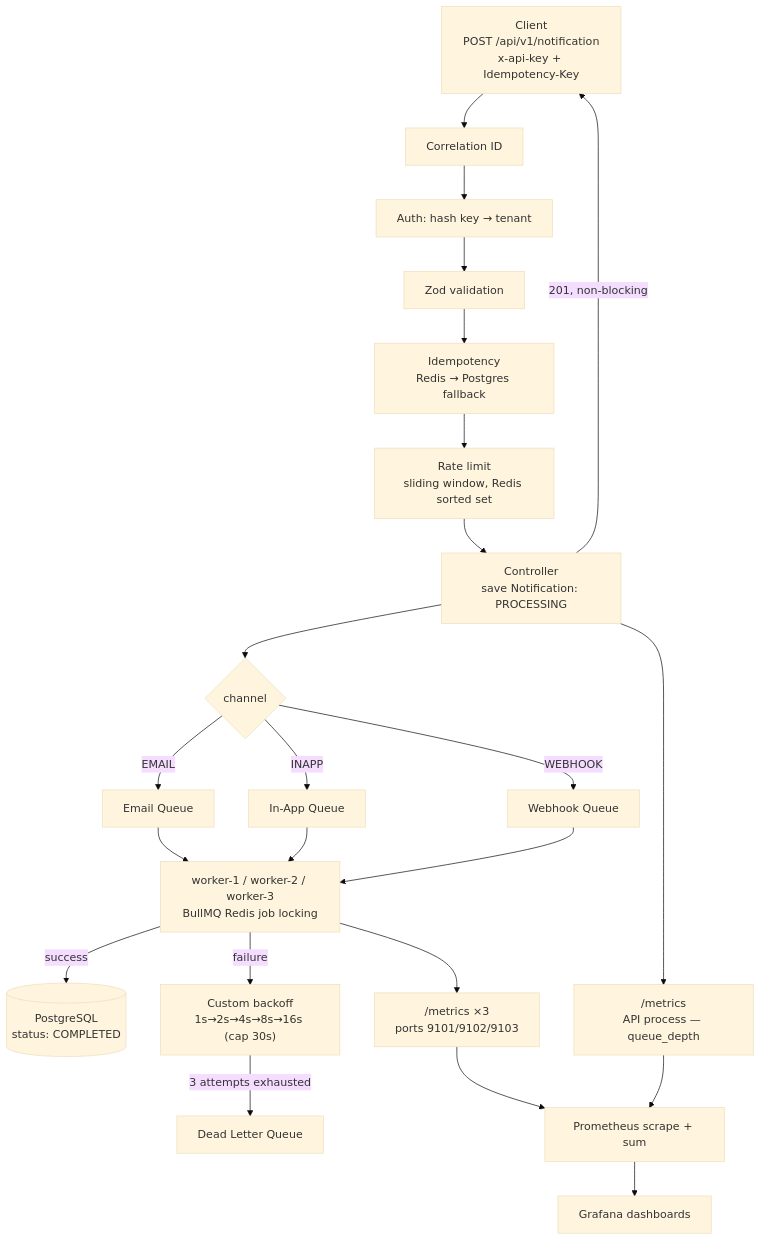
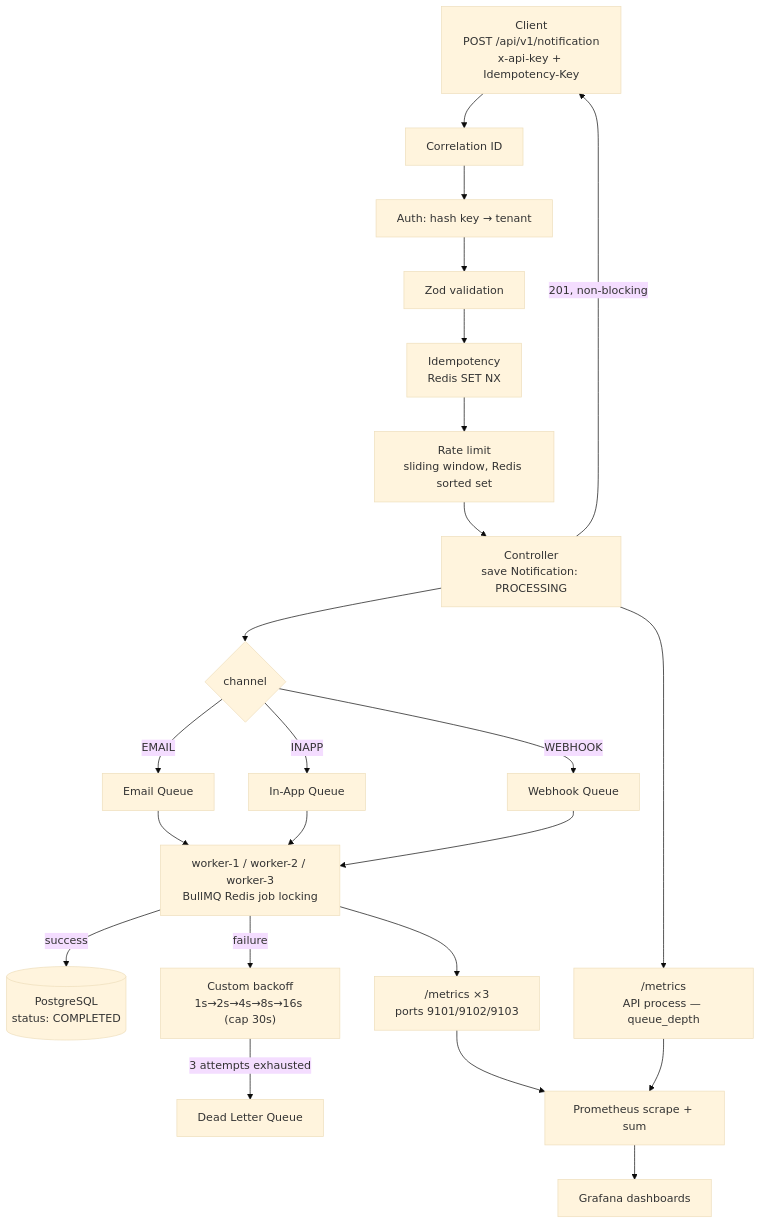
Before and after one commit to priyansh00soni/Nexus: the diagram in README.md, drawn with Mermaid (base theme). The commit also changed other lines of this file and 1 other file, not shown here.

Commit message:
refactor: migrate idempotency check from Postgres unique constraints to atomic Redis SET NX for improved performance

`````diff
--- a/README.md
+++ b/README.md
@@ -56,24 +56,24 @@
 ````mermaid
 flowchart TD
     A["Client<br/>POST /api/v1/notification<br/>x-api-key + Idempotency-Key"] --> B[Correlation ID]
     B --> C[Auth: hash key → tenant]
     C --> D[Zod validation]
-    D --> E["Idempotency<br/>Redis → Postgres fallback"]
+    D --> E["Idempotency<br/>Redis SET NX"]
     E --> F["Rate limit<br/>sliding window, Redis sorted set"]
     F --> G["Controller<br/>save Notification: PROCESSING"]
     G -->|201, non-blocking| A
     G --> H{channel}
     H -->|EMAIL| Q1[Email Queue]
     H -->|INAPP| Q2[In-App Queue]
     H -->|WEBHOOK| Q3[Webhook Queue]
  
     Q1 & Q2 & Q3 --> W["worker-1 / worker-2 / worker-3<br/>BullMQ Redis job locking"]
     W -->|success| DB[("PostgreSQL<br/>status: COMPLETED")]
     W -->|failure| R["Custom backoff<br/>1s→2s→4s→8s→16s (cap 30s)"]
     R -->|3 attempts exhausted| DLQ[Dead Letter Queue]
  
     W --> M["/metrics ×3<br/>ports 9101/9102/9103"]
     G --> M2["/metrics<br/>API process — queue_depth"]
     M & M2 --> P[Prometheus scrape + sum]
     P --> GR[Grafana dashboards]
 ````
`````
